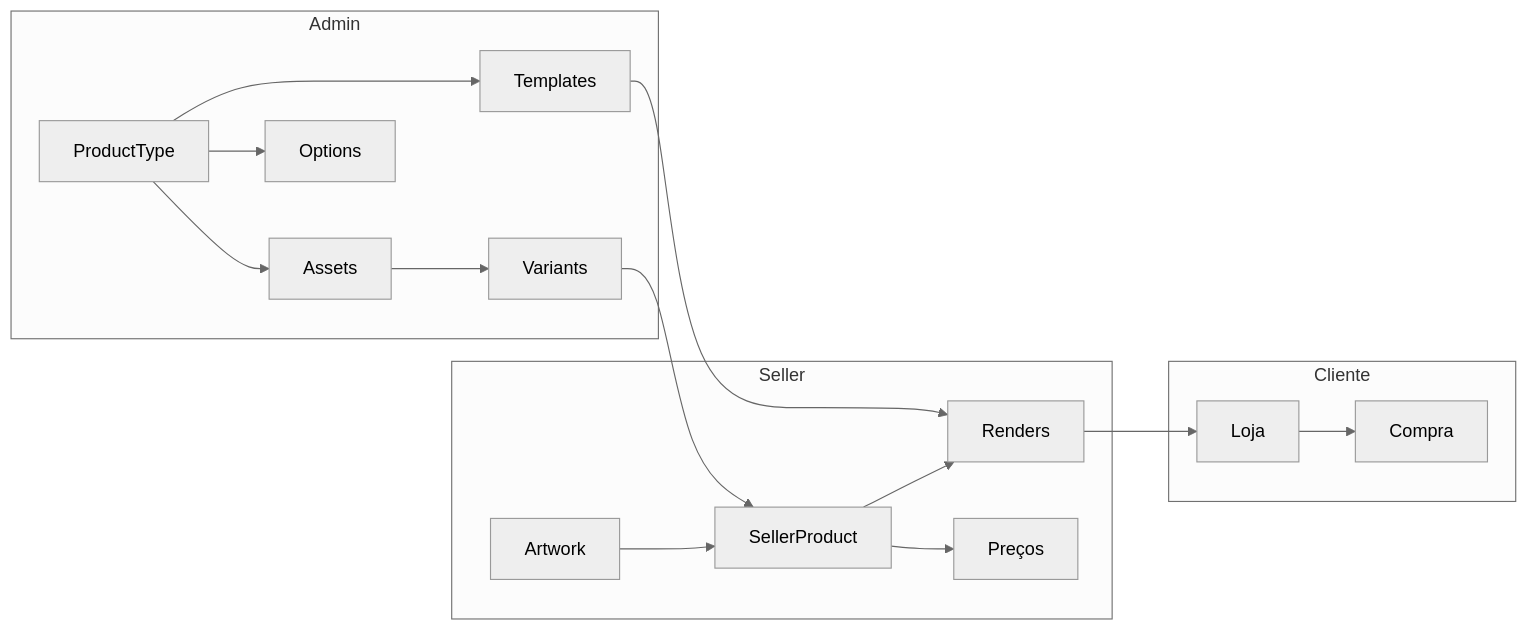
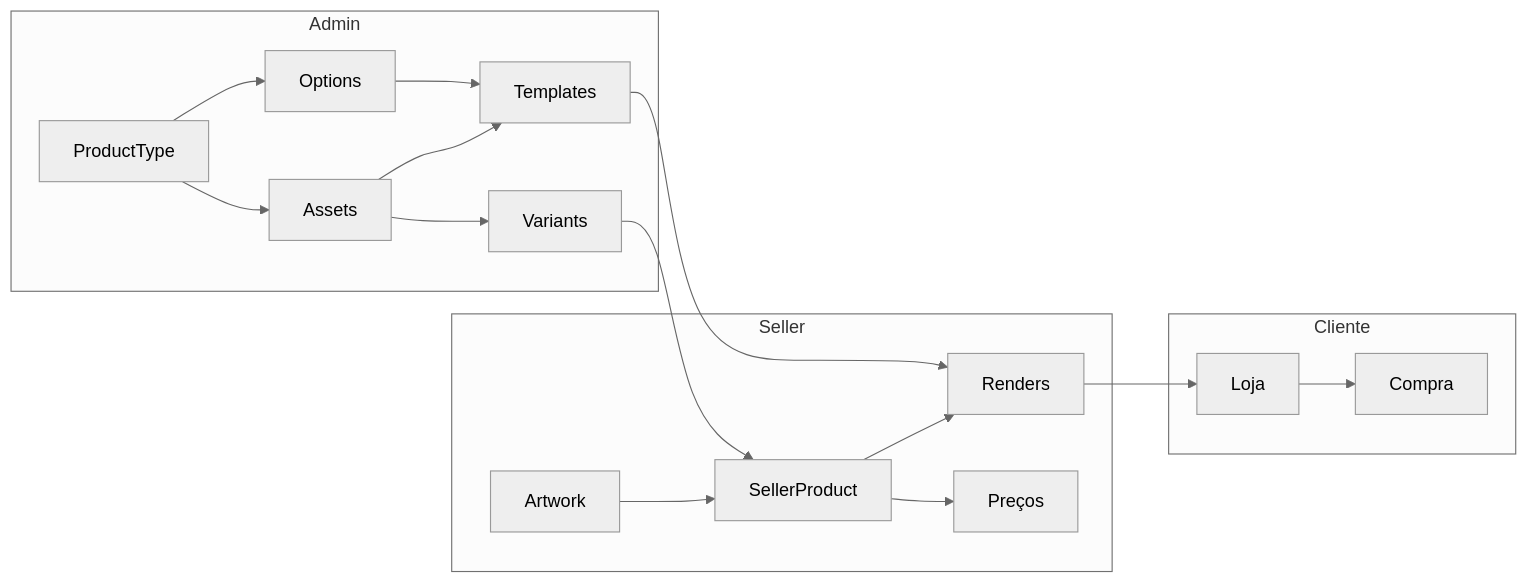
Before and after one commit to ken-okubo/labanana-docs: the diagram in docs/intro.md, drawn with Mermaid (neutral theme). The commit also changed other lines of this file and 47 other files, not shown here.

````diff
--- a/docs/intro.md
+++ b/docs/intro.md
@@ -15,23 +15,24 @@
 ```mermaid
 graph LR
     subgraph Admin
         PT[ProductType] --> Assets
         PT --> Options
         Assets --> Variants
-        PT --> Templates
+        Assets --> Templates
+        Options --> Templates
     end
 
     subgraph Seller
         AW[Artwork] --> SP[SellerProduct]
         SP --> Renders
         SP --> Preços
     end
 
     subgraph Cliente
         Loja --> Compra
     end
 
     Templates --> Renders
     Variants --> SP
     Renders --> Loja
 ```
````
